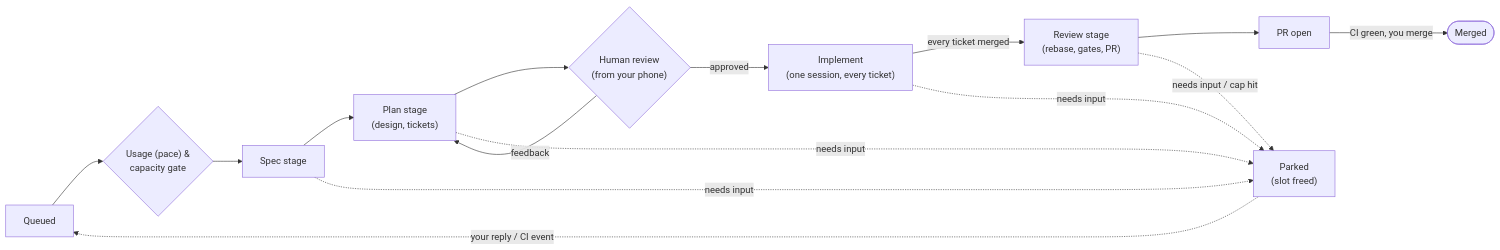
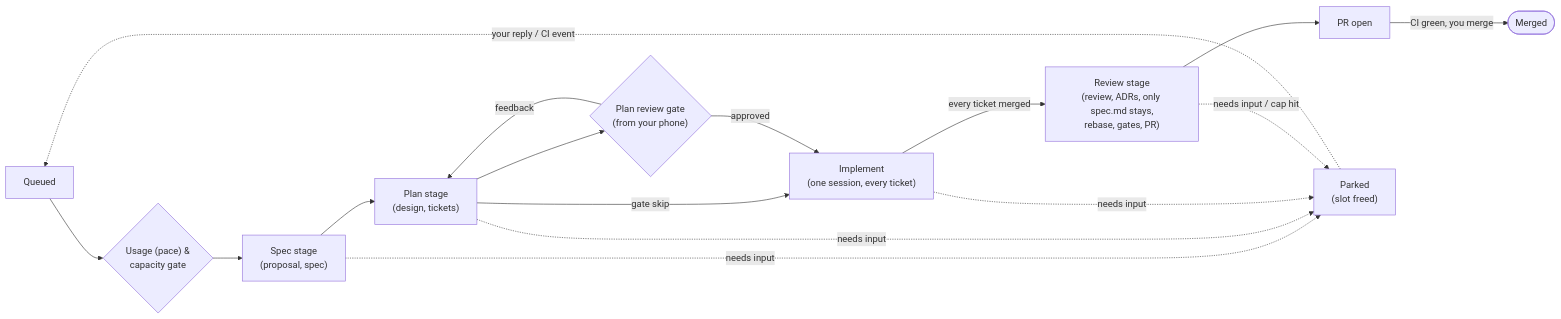
Before and after one commit to jesdi/agent-ops: the second of 2 diagrams in README.md, drawn with Mermaid. The commit also changed other lines of this file and 7 other files, not shown here.

Commit message:
feat(review): the review stage leaves only spec.md behind (ticket 07)

````diff
--- a/README.md
+++ b/README.md
@@ -84,18 +84,19 @@
 ```mermaid
 flowchart LR
     queued["Queued"] --> gate{"Usage (pace) &<br/>capacity gate"}
-    gate --> spec["Spec stage"]
+    gate --> spec["Spec stage<br/>(proposal, spec)"]
     spec --> plan["Plan stage<br/>(design, tickets)"]
-    plan --> review{"Human review<br/>(from your phone)"}
+    plan --> review{"Plan review gate<br/>(from your phone)"}
+    plan -- "gate skip" --> implement
     review -- feedback --> plan
     review -- approved --> implement["Implement<br/>(one session, every ticket)"]
-    implement -- every ticket merged --> codereview["Review stage<br/>(rebase, gates, PR)"]
+    implement -- every ticket merged --> codereview["Review stage<br/>(review, ADRs, only spec.md stays,<br/>rebase, gates, PR)"]
     codereview --> pr["PR open"]
     pr -- "CI green, you merge" --> done(["Merged"])
 
     spec -. "needs input" .-> parked["Parked<br/>(slot freed)"]
     plan -. "needs input" .-> parked
     implement -. "needs input" .-> parked
     codereview -. "needs input / cap hit" .-> parked
     parked -. "your reply / CI event" .-> queued
 ```
````
